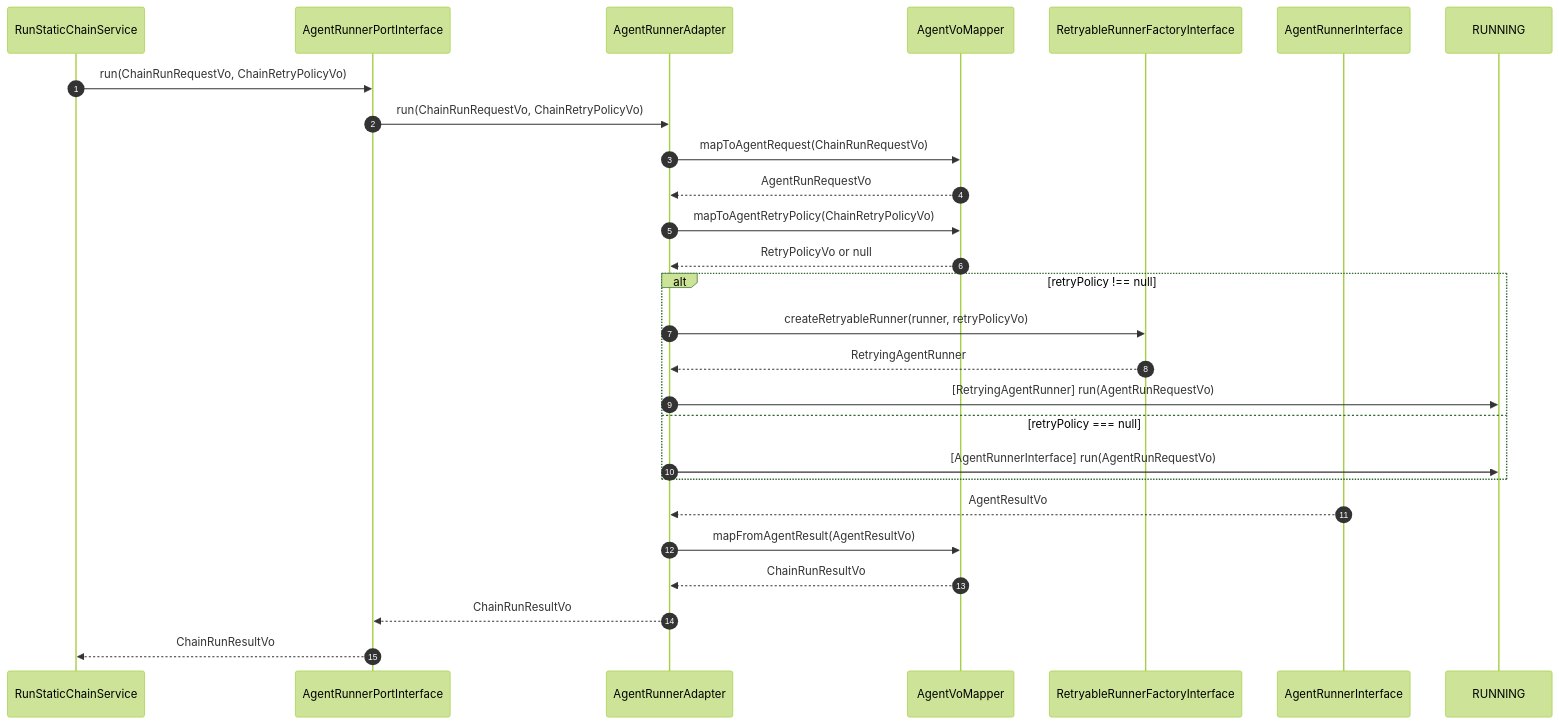
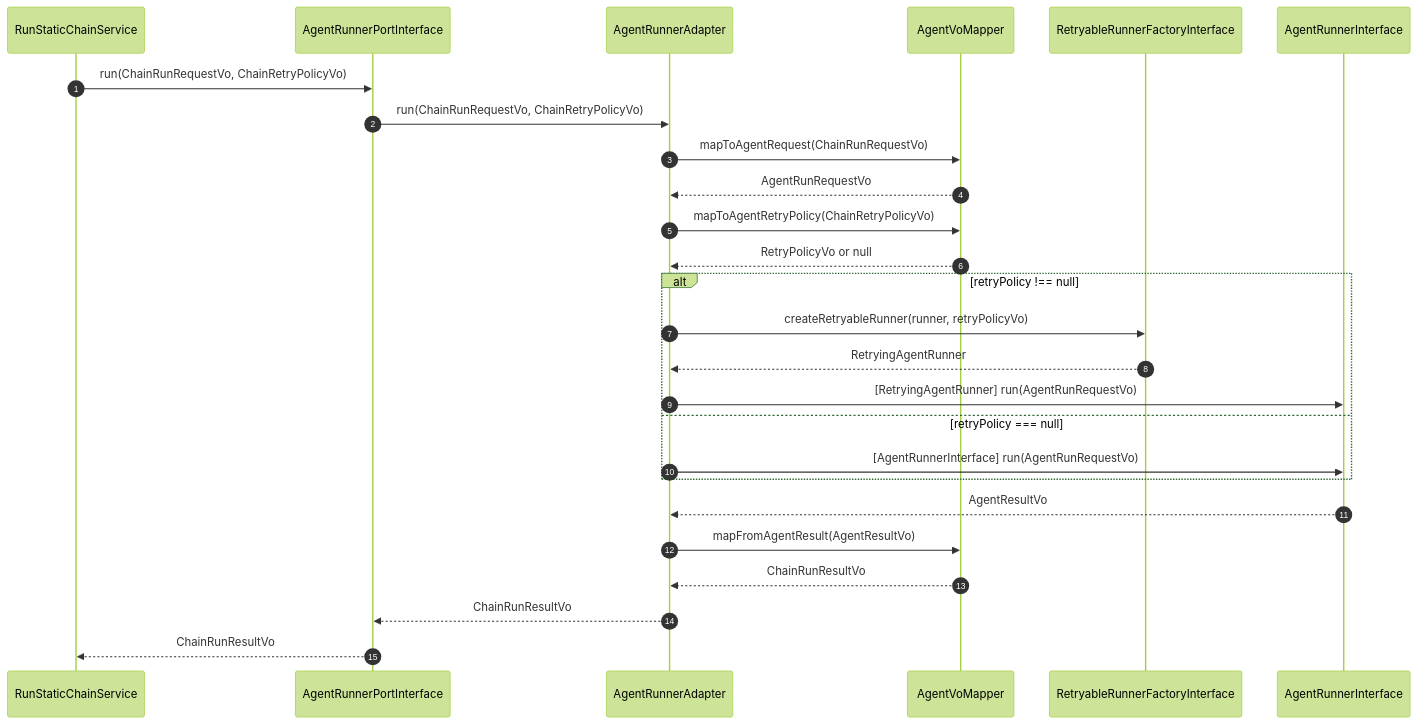
Before and after one commit to prikotov/task-orchestrator: the eighth of 9 diagrams in docs/guide/diagrams.md, drawn with Mermaid (forest theme). The commit also changed other lines of this file and 1 other file, not shown here.

Commit message:
docs(diagrams): fix RUNNING→RUNNER participant, add missing VO fields; update task DoD

````diff
--- a/docs/guide/diagrams.md
+++ b/docs/guide/diagrams.md
@@ -543,31 +548,31 @@
 ```mermaid
 sequenceDiagram
     autonumber
     participant RSC as RunStaticChainService
     participant PORT as AgentRunnerPortInterface
     participant ADAPTER as AgentRunnerAdapter
     participant MAPPER as AgentVoMapper
     participant FACTORY as RetryableRunnerFactoryInterface
     participant RUNNER as AgentRunnerInterface
 
     RSC->>PORT: run(ChainRunRequestVo, ChainRetryPolicyVo)
     PORT->>ADAPTER: run(ChainRunRequestVo, ChainRetryPolicyVo)
     ADAPTER->>MAPPER: mapToAgentRequest(ChainRunRequestVo)
     MAPPER-->>ADAPTER: AgentRunRequestVo
     ADAPTER->>MAPPER: mapToAgentRetryPolicy(ChainRetryPolicyVo)
     MAPPER-->>ADAPTER: RetryPolicyVo or null
 
     alt retryPolicy !== null
         ADAPTER->>FACTORY: createRetryableRunner(runner, retryPolicyVo)
         FACTORY-->>ADAPTER: RetryingAgentRunner
-        ADAPTER->>RUNNING: [RetryingAgentRunner] run(AgentRunRequestVo)
+        ADAPTER->>RUNNER: [RetryingAgentRunner] run(AgentRunRequestVo)
     else retryPolicy === null
-        ADAPTER->>RUNNING: [AgentRunnerInterface] run(AgentRunRequestVo)
+        ADAPTER->>RUNNER: [AgentRunnerInterface] run(AgentRunRequestVo)
     end
 
     RUNNER-->>ADAPTER: AgentResultVo
     ADAPTER->>MAPPER: mapFromAgentResult(AgentResultVo)
     MAPPER-->>ADAPTER: ChainRunResultVo
     ADAPTER-->>PORT: ChainRunResultVo
     PORT-->>RSC: ChainRunResultVo
 ```
````
